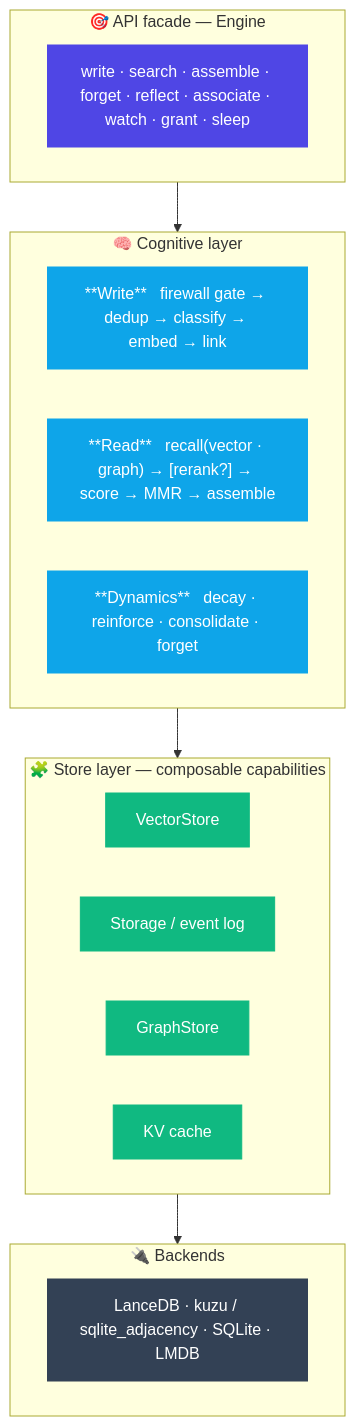
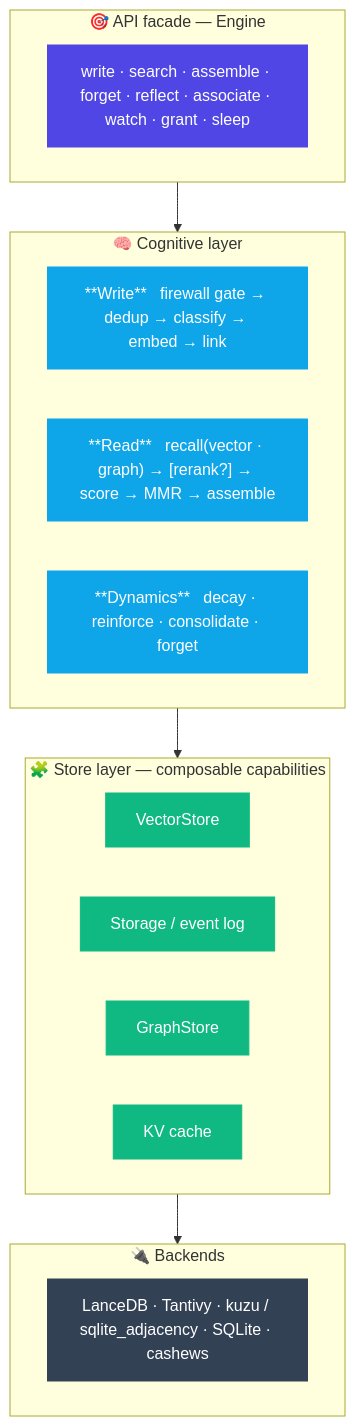
One commit to techiewonk/memspine changed the first of 2 diagrams in README.md. Above: the diagram before and after it, drawn with Mermaid. The commit also changed other lines of this file, not shown here.

First line of the commit message:
docs(readme): update for v0.2 — default-on hybrid, Tantivy-core, cashews, new verbs

````diff
--- a/README.md
+++ b/README.md
@@ -299,30 +329,30 @@
 ```mermaid
 flowchart TB
     subgraph API["🎯 API facade — Engine"]
         A["write · search · assemble · forget · reflect · associate · watch · grant · sleep"]
     end
     subgraph COG["🧠 Cognitive layer"]
         W["**Write** &nbsp; firewall gate → dedup → classify → embed → link"]
         R["**Read** &nbsp; recall(vector · graph) → [rerank?] → score → MMR → assemble"]
         D["**Dynamics** &nbsp; decay · reinforce · consolidate · forget"]
     end
     subgraph STORE["🧩 Store layer — composable capabilities"]
         V["VectorStore"]
         DOC["Storage / event log"]
         G["GraphStore"]
         KV["KV cache"]
     end
     subgraph BK["🔌 Backends"]
-        B["LanceDB · kuzu / sqlite_adjacency · SQLite · LMDB"]
+        B["LanceDB · Tantivy · kuzu / sqlite_adjacency · SQLite · cashews"]
     end
     API --> COG --> STORE --> BK
 
     classDef api fill:#4f46e5,stroke:#4f46e5,color:#fff;
     classDef cog fill:#0ea5e9,stroke:#0ea5e9,color:#fff;
     classDef store fill:#10b981,stroke:#10b981,color:#fff;
     classDef bk fill:#334155,stroke:#334155,color:#fff;
     class A api;
     class W,R,D cog;
     class V,DOC,G,KV store;
     class B bk;
 ```
````
